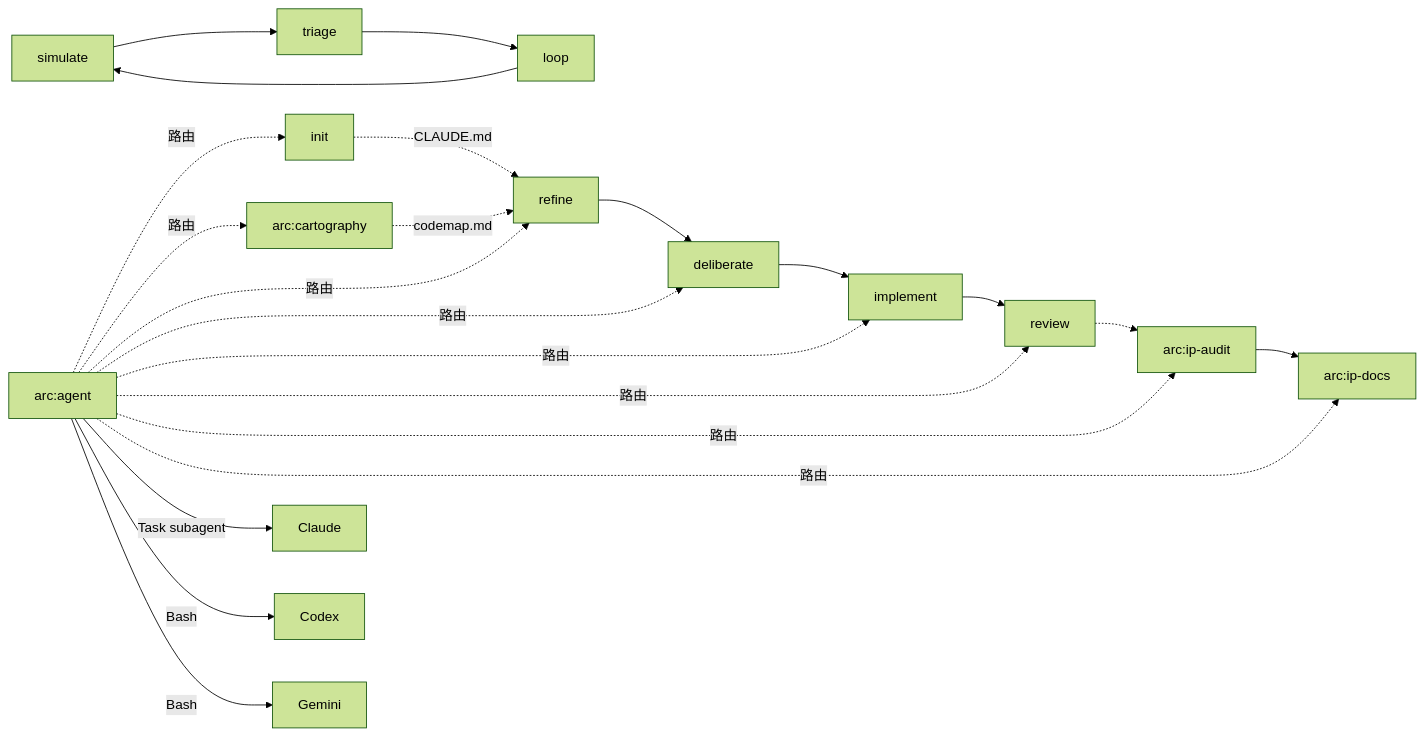
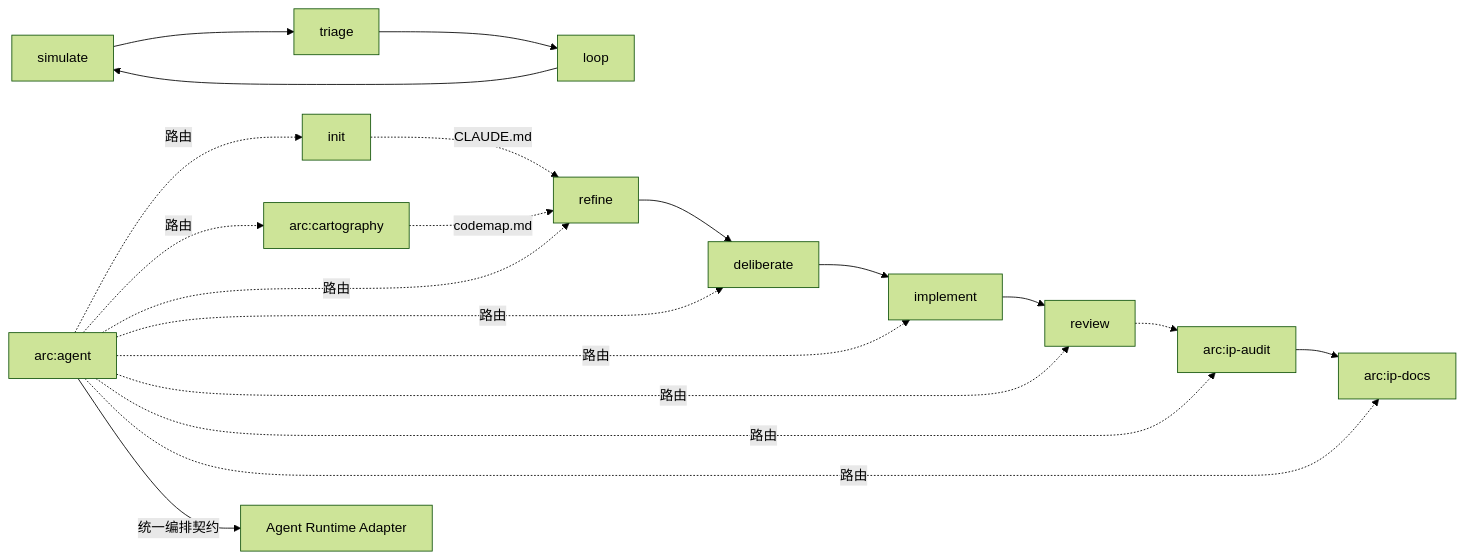
Before and after one commit to iwen-conf/Skills: the second of 2 diagrams in README.md, drawn with Mermaid (forest theme). The commit also changed other lines of this file and 53 other files, not shown here.

````diff
--- a/README.md
+++ b/README.md
@@ -89,24 +128,22 @@
 ```mermaid
 graph LR
     agent["arc:agent"] -.->|"路由"| init
     cartography["arc:cartography"]
     agent -.->|"路由"| cartography
     agent -.->|"路由"| refine
     agent -.->|"路由"| deliberate
     agent -.->|"路由"| implement
     agent -.->|"路由"| review
     ip_audit["arc:ip-audit"]
     ip_docs["arc:ip-docs"]
     agent -.->|"路由"| ip_audit
     agent -.->|"路由"| ip_docs
-    agent -->|"Task subagent"| claude["Claude"]
-    agent -->|"Bash"| codex["Codex"]
-    agent -->|"Bash"| gemini["Gemini"]
+    agent -->|"统一编排契约"| runtime["Agent Runtime Adapter"]
 
     init -.->|"CLAUDE.md"| refine
     cartography -.->|"codemap.md"| refine
     refine --> deliberate
     deliberate --> implement --> review
     review -.-> ip_audit --> ip_docs
     simulate --> triage --> loop --> simulate
 ```
````
